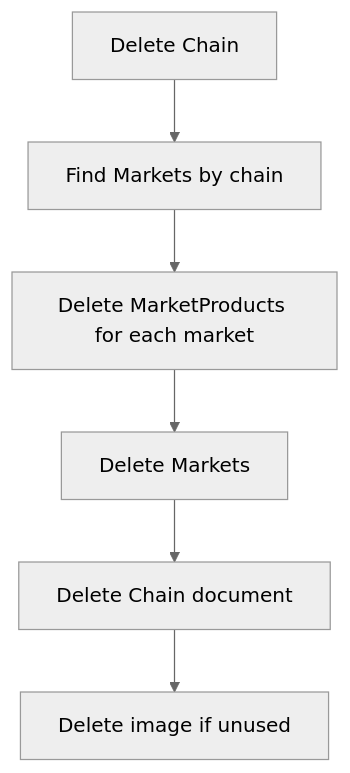
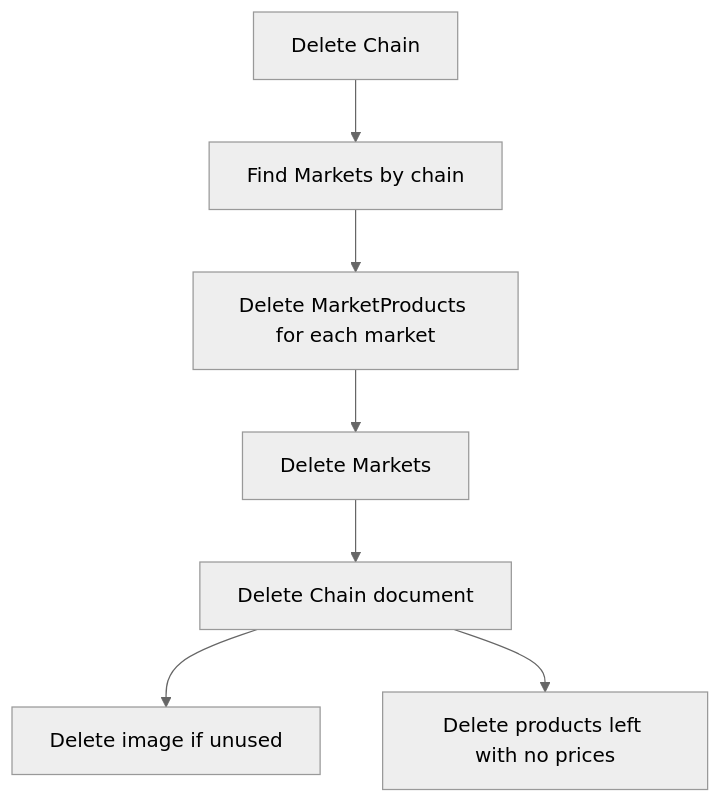
The diagram in apps/docs/backend/modules/chain.md (martintrifunov/obrok), drawn with Mermaid (neutral theme) before and after one commit. The commit also changed other lines of this file and 16 other files, not shown here.

Commit message:
fix(scraper): delete scraper-made products left without prices

````diff
--- a/apps/docs/backend/modules/chain.md
+++ b/apps/docs/backend/modules/chain.md
@@ -44,8 +45,9 @@
 ```mermaid
 flowchart TD
     A[Delete Chain] --> B[Find Markets by chain]
     B --> C[Delete MarketProducts for each market]
     C --> D[Delete Markets]
     D --> E[Delete Chain document]
     E --> F[Delete image if unused]
+    E --> G[Delete products left with no prices]
 ```
````
